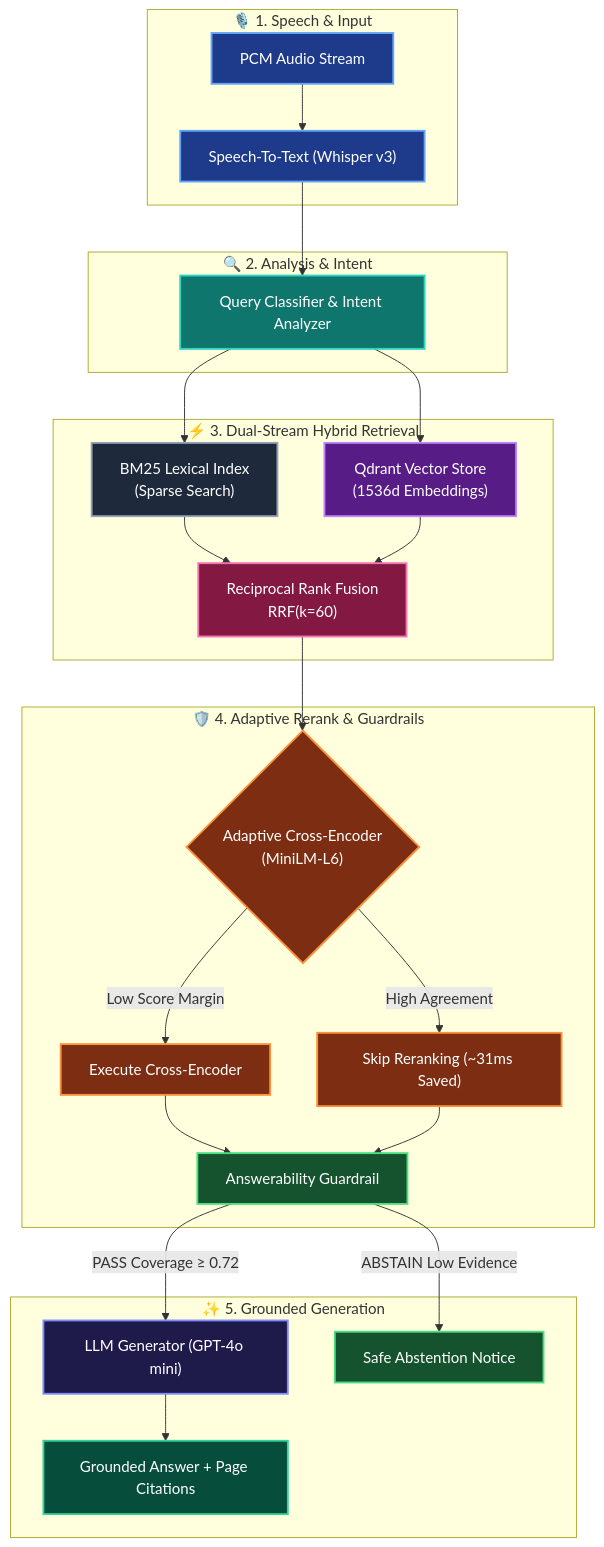
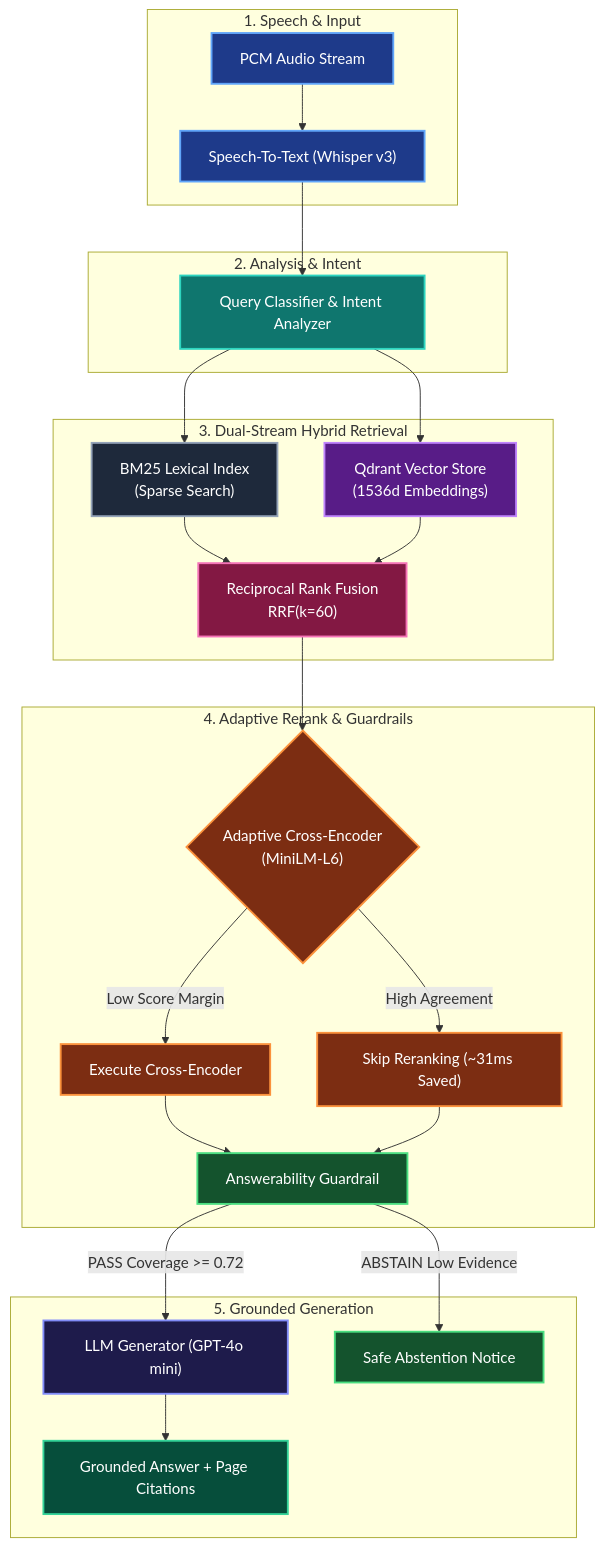
Before and after one commit to sanjanb/voice-rag: the diagram in README.md, drawn with Mermaid. The commit also changed other lines of this file, not shown here.

````diff
--- a/README.md
+++ b/README.md
@@ -15,42 +15,42 @@
 ```mermaid
 flowchart TD
     %% Custom Node Styling
     classDef voice fill:#1e3a8a,stroke:#60a5fa,stroke-width:2px,color:#ffffff
     classDef query fill:#0f766e,stroke:#2dd4bf,stroke-width:2px,color:#ffffff
     classDef bm25 fill:#1e293b,stroke:#94a3b8,stroke-width:2px,color:#ffffff
     classDef dense fill:#581c87,stroke:#c084fc,stroke-width:2px,color:#ffffff
     classDef rrf fill:#831843,stroke:#f472b6,stroke-width:2px,color:#ffffff
     classDef rerank fill:#7c2d12,stroke:#fb923c,stroke-width:2px,color:#ffffff
     classDef guard fill:#14532d,stroke:#4ade80,stroke-width:2px,color:#ffffff
     classDef gen fill:#1e1b4b,stroke:#818cf8,stroke-width:2px,color:#ffffff
     classDef out fill:#064e3b,stroke:#34d399,stroke-width:2px,color:#ffffff
 
-    subgraph InputStage["🎙️ 1. Speech & Input"]
+    subgraph InputStage["1. Speech & Input"]
         Audio["PCM Audio Stream"]:::voice --> STT["Speech-To-Text (Whisper v3)"]:::voice
     end
 
-    subgraph QueryStage["🔍 2. Analysis & Intent"]
+    subgraph QueryStage["2. Analysis & Intent"]
         STT --> QA["Query Classifier & Intent Analyzer"]:::query
     end
 
-    subgraph RetrievalStage["⚡ 3. Dual-Stream Hybrid Retrieval"]
+    subgraph RetrievalStage["3. Dual-Stream Hybrid Retrieval"]
         QA --> BM25["BM25 Lexical Index<br/>(Sparse Search)"]:::bm25
         QA --> Dense["Qdrant Vector Store<br/>(1536d Embeddings)"]:::dense
         BM25 --> RRF["Reciprocal Rank Fusion<br/>RRF(k=60)"]:::rrf
         Dense --> RRF
     end
 
-    subgraph DecisionStage["🛡️ 4. Adaptive Rerank & Guardrails"]
+    subgraph DecisionStage["4. Adaptive Rerank & Guardrails"]
         RRF --> Rerank{"Adaptive Cross-Encoder<br/>(MiniLM-L6)"}:::rerank
         Rerank -->|Low Score Margin| RerankExec["Execute Cross-Encoder"]:::rerank
         Rerank -->|High Agreement| SkipRerank["Skip Reranking (~31ms Saved)"]:::rerank
         RerankExec --> Guard["Answerability Guardrail"]:::guard
         SkipRerank --> Guard
     end
 
-    subgraph GenerationStage["✨ 5. Grounded Generation"]
-        Guard -->|PASS Coverage ≥ 0.72| Gen["LLM Generator (GPT-4o mini)"]:::gen
+    subgraph GenerationStage["5. Grounded Generation"]
+        Guard -->|PASS Coverage >= 0.72| Gen["LLM Generator (GPT-4o mini)"]:::gen
         Guard -->|ABSTAIN Low Evidence| Abstain["Safe Abstention Notice"]:::guard
         Gen --> Output["Grounded Answer + Page Citations"]:::out
     end
 ```
````
